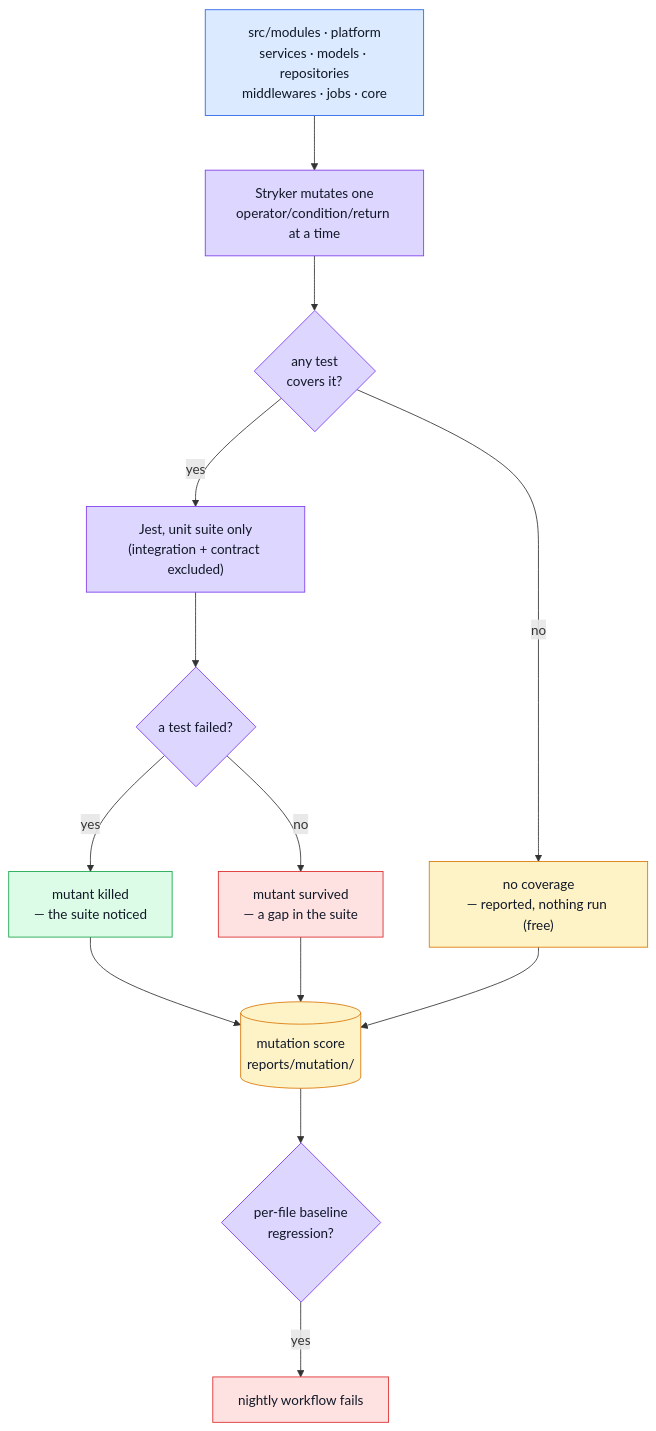
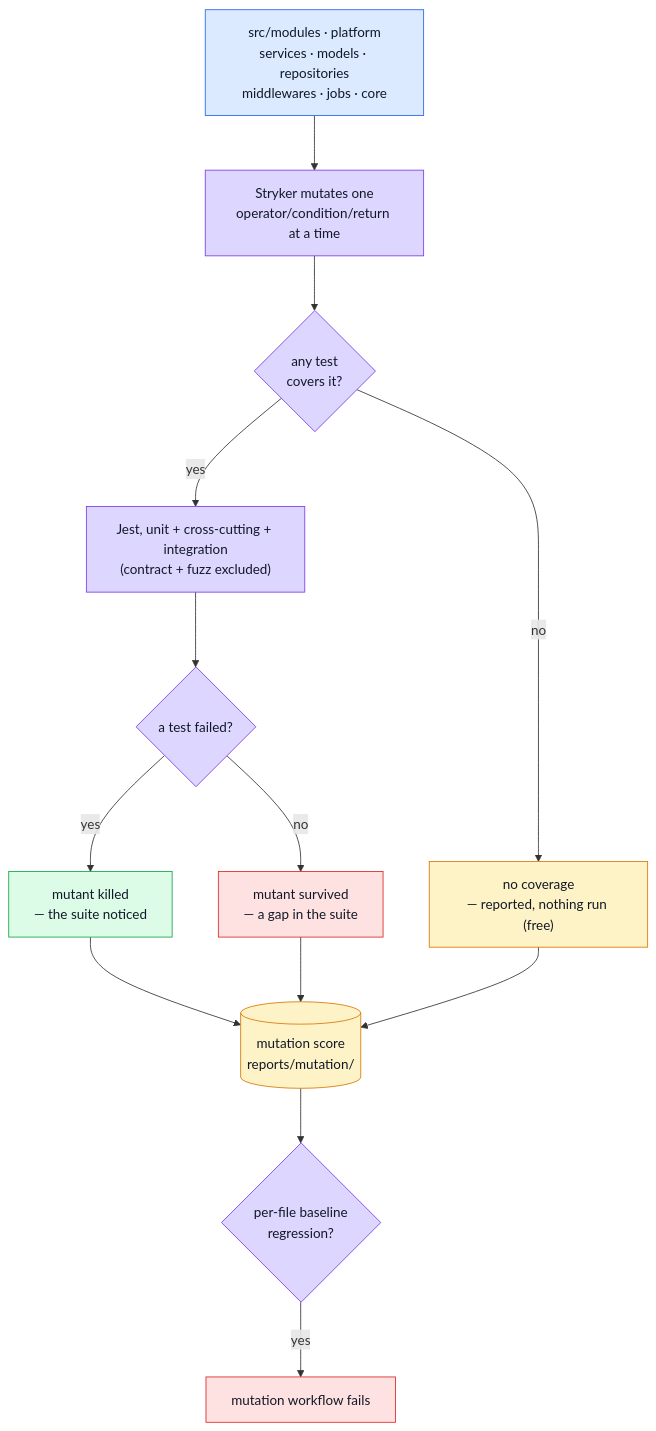
Before and after one commit to Guebbit/boilerplate-node-backend: the third of 7 diagrams in docs/tools/mutation-testing.md, drawn with Mermaid. The commit also changed other lines of this file and 34 other files, not shown here.

````diff
--- a/docs/tools/mutation-testing.md
+++ b/docs/tools/mutation-testing.md
@@ -155,27 +151,27 @@
 ```mermaid
 %%{init: {'flowchart': {'nodeSpacing': 55, 'rankSpacing': 65}}}%%
 flowchart TB
     Source["src/modules · platform\nservices · models · repositories\nmiddlewares · jobs · core"] --> Mutate["Stryker mutates one\noperator/condition/return at a time"]
     Mutate --> Cov{"any test\ncovers it?"}
     Cov -->|no| NoCov["no coverage\n— reported, nothing run (free)"]
-    Cov -->|yes| Run["Jest, unit suite only\n(integration + contract excluded)"]
+    Cov -->|yes| Run["Jest, unit + cross-cutting + integration\n(contract + fuzz excluded)"]
     Run --> Killed{"a test failed?"}
     Killed -->|yes| Dead["mutant killed\n— the suite noticed"]
     Killed -->|no| Survived["mutant survived\n— a gap in the suite"]
     Dead --> Score[("mutation score\nreports/mutation/")]
     Survived --> Score
     NoCov --> Score
     Score --> Gate{"per-file baseline\nregression?"}
-    Gate -->|yes| RedBuild["nightly workflow fails"]
+    Gate -->|yes| RedBuild["mutation workflow fails"]
 
     classDef src fill:#dbeafe,stroke:#2563eb,color:#111827;
     classDef proc fill:#ddd6fe,stroke:#7c3aed,color:#111827;
     classDef good fill:#dcfce7,stroke:#16a34a,color:#111827;
     classDef bad fill:#fee2e2,stroke:#dc2626,color:#111827;
     classDef out fill:#fef3c7,stroke:#d97706,color:#111827;
     class Source src;
     class Mutate,Run,Killed,Gate,Cov proc;
     class Dead good;
     class Survived,RedBuild bad;
     class Score,NoCov out;
 ```
````
